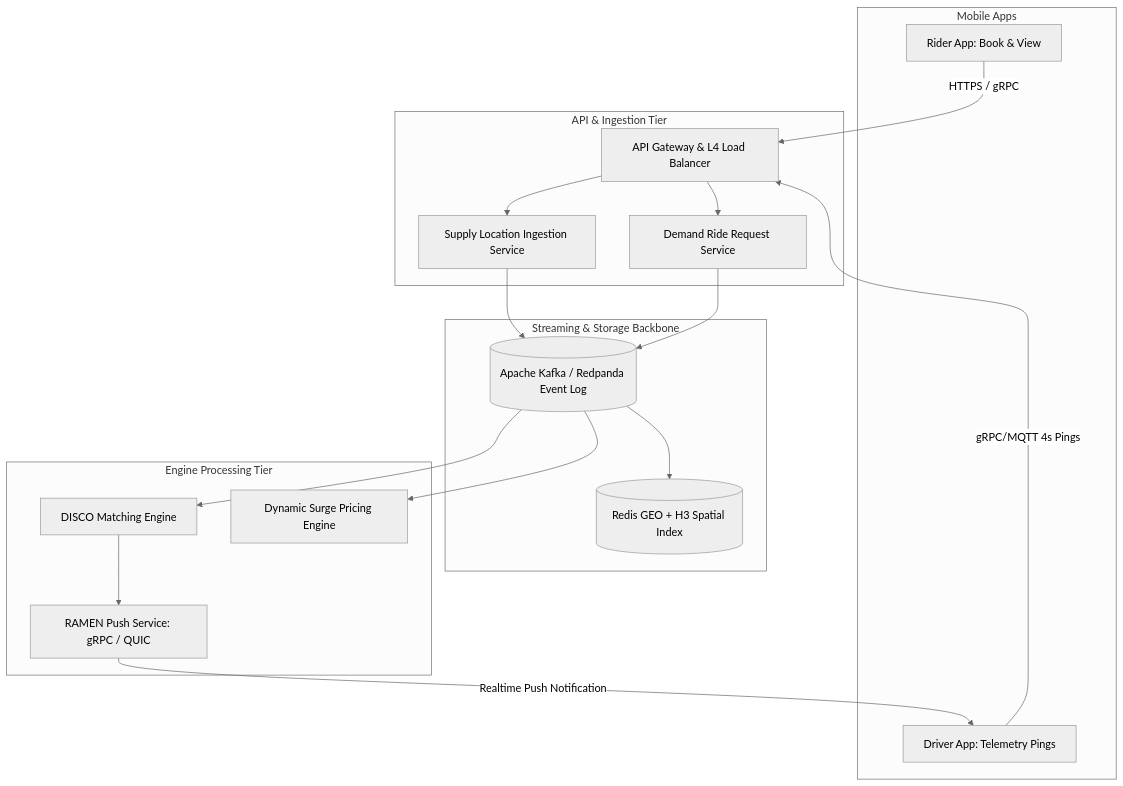
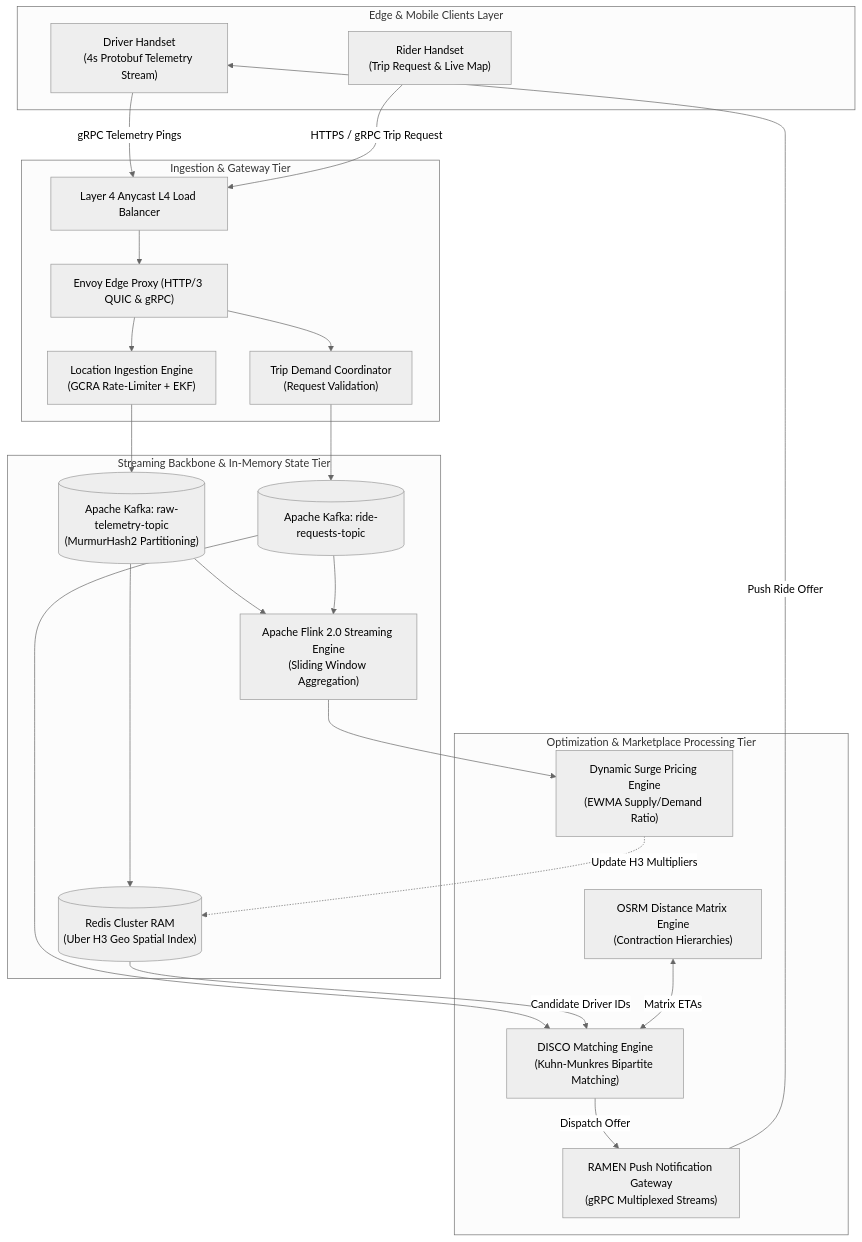
The first of 2 diagrams in content/series/ride-hailing-realtime-architecture/executive-summary.md (vesviet/vesviet), drawn with Mermaid (neutral theme) before and after one commit. The commit also changed other lines of this file and 56 other files, not shown here.

Commit message:
feat(sprint-1): upgrade architectural-tradeoffs-showdowns and ride-hailing to 2027 SOTA masterclass

````diff
--- a/content/series/ride-hailing-realtime-architecture/executive-summary.md
+++ b/content/series/ride-hailing-realtime-architecture/executive-summary.md
@@ -63,36 +67,51 @@
 ```mermaid
 flowchart TD
-    subgraph Mobile Apps
-        Rider["Rider App: Book & View"]
-        Driver["Driver App: Telemetry Pings"]
+    subgraph MobileEdge["Edge & Mobile Clients Layer"]
+        DriverApp["Driver Handset<br/>(4s Protobuf Telemetry Stream)"]
+        RiderApp["Rider Handset<br/>(Trip Request & Live Map)"]
     end
 
-    subgraph API & Ingestion Tier
-        Gateway["API Gateway & L4 Load Balancer"]
-        LocationSvc["Supply Location Ingestion Service"]
-        DemandSvc["Demand Ride Request Service"]
+    subgraph GatewayTier["Ingestion & Gateway Tier"]
+        L4LB["Layer 4 Anycast L4 Load Balancer"]
+        EnvoyIngress["Envoy Edge Proxy (HTTP/3 QUIC & gRPC)"]
+        IngestionSvc["Location Ingestion Engine<br/>(GCRA Rate-Limiter + EKF)"]
+        DemandSvc["Trip Demand Coordinator<br/>(Request Validation)"]
     end
 
-    subgraph Streaming & Storage Backbone
-        Kafka[("Apache Kafka / Redpanda Event Log")]
-        Redis[("Redis GEO + H3 Spatial Index")]
+    subgraph StreamingStorage["Streaming Backbone & In-Memory State Tier"]
+        KafkaRaw[("Apache Kafka: raw-telemetry-topic<br/>(MurmurHash2 Partitioning)")]
+        KafkaDemand[("Apache Kafka: ride-requests-topic")]
+        RedisCluster[("Redis Cluster RAM<br/>(Uber H3 Geo Spatial Index)")]
+        FlinkStream["Apache Flink 2.0 Streaming Engine<br/>(Sliding Window Aggregation)"]
     end
 
-    subgraph Engine Processing Tier
-        DISCO["DISCO Matching Engine"]
-        Surge["Dynamic Surge Pricing Engine"]
-        Ramen["RAMEN Push Service: gRPC / QUIC"]
+    subgraph OptimizationTier["Optimization & Marketplace Processing Tier"]
+        RoutingEngine["OSRM Distance Matrix Engine<br/>(Contraction Hierarchies)"]
+        DISCO["DISCO Matching Engine<br/>(Kuhn-Munkres Bipartite Matching)"]
+        SurgeSvc["Dynamic Surge Pricing Engine<br/>(EWMA Supply/Demand Ratio)"]
+        RAMEN["RAMEN Push Notification Gateway<br/>(gRPC Multiplexed Streams)"]
     end
 
-    Driver -->|"gRPC/MQTT 4s Pings"| Gateway
-    Rider -->|"HTTPS / gRPC"| Gateway
-    Gateway --> LocationSvc
-    Gateway --> DemandSvc
-    LocationSvc --> Kafka
-    DemandSvc --> Kafka
-    Kafka --> Redis
-    Kafka --> DISCO
-    Kafka --> Surge
-    DISCO --> Ramen
-    Ramen -->|"Realtime Push Notification"| Driver
+    DriverApp -->|"gRPC Telemetry Pings"| L4LB
+    RiderApp -->|"HTTPS / gRPC Trip Request"| L4LB
+    L4LB --> EnvoyIngress
+    EnvoyIngress --> IngestionSvc
+    EnvoyIngress --> DemandSvc
+
+    IngestionSvc --> KafkaRaw
+    DemandSvc --> KafkaDemand
+
+    KafkaRaw --> RedisCluster
+    KafkaRaw --> FlinkStream
+    KafkaDemand --> FlinkStream
+
+    FlinkStream --> SurgeSvc
+    SurgeSvc -.->|"Update H3 Multipliers"| RedisCluster
+
+    KafkaDemand --> DISCO
+    RedisCluster -->|"Candidate Driver IDs"| DISCO
+    RoutingEngine <-->|"Matrix ETAs"| DISCO
+
+    DISCO -->|"Dispatch Offer"| RAMEN
+    RAMEN -->|"Push Ride Offer"| DriverApp
 ```
````
